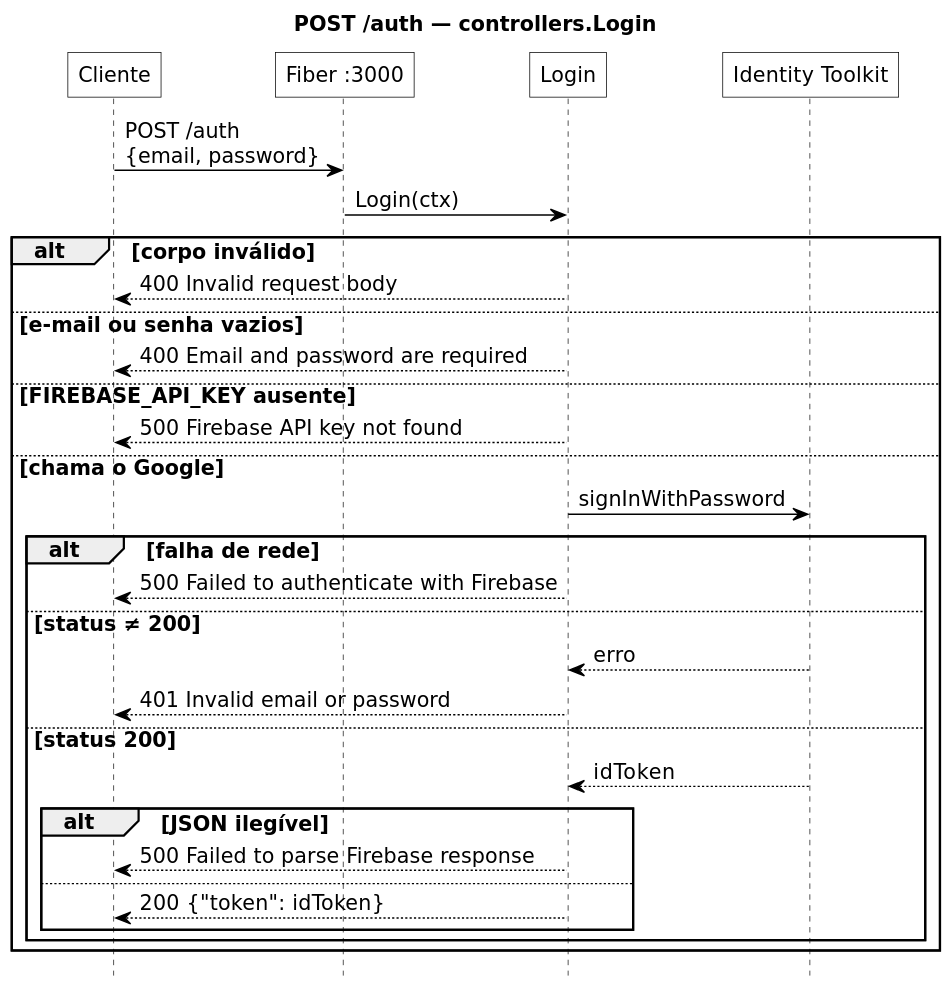
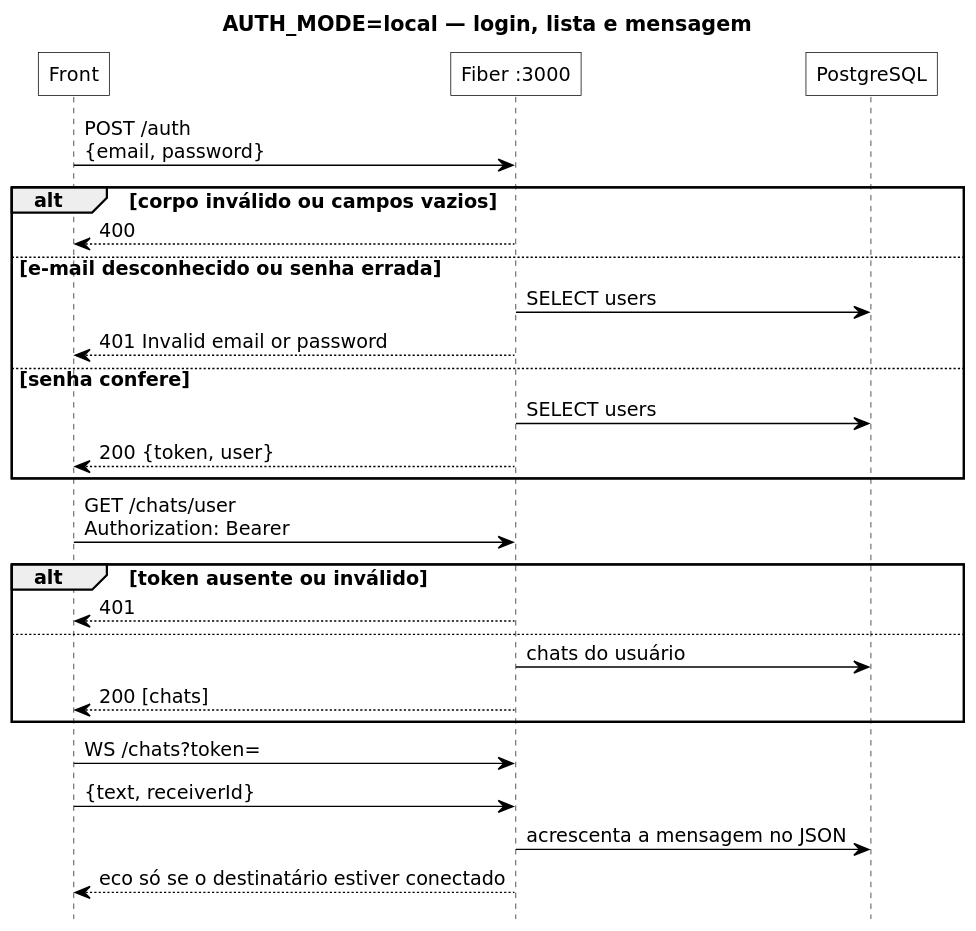
One commit to iianmelo/go-messenger changed the diagram in docs/sequencia-login-usuario.puml. Above: the diagram before and after it, drawn with PlantUML. The commit also changed other lines of this file and 33 other files, not shown here.

First line of the commit message:
Serve the front-end with local JWT, chats and WebSocket

```diff
--- a/docs/sequencia-login-usuario.puml
+++ b/docs/sequencia-login-usuario.puml
@@ -2,52 +1,49 @@
 @startuml sequencia-login
 skinparam monochrome true
 skinparam shadowing false
 skinparam roundcorner 0
 skinparam backgroundColor #FFFFFF
 skinparam defaultFontName DejaVu Sans
-skinparam defaultFontSize 14
+skinparam defaultFontSize 13
 skinparam dpi 130
 skinparam sequenceMessageAlign left
 skinparam responseMessageBelowArrow true
 skinparam sequenceArrowThickness 1
 skinparam ParticipantPadding 8
 skinparam sequenceBoxBackgroundColor #FFFFFF
 skinparam sequenceBoxBorderColor #000000
 skinparam participantBackgroundColor #FFFFFF
 skinparam participantBorderColor #000000
 skinparam arrowColor #000000
 hide footbox
 
-title POST /auth — controllers.Login
+title AUTH_MODE=local — login, lista e mensagem
 
-participant "Cliente" as C
+participant "Front" as C
 participant "Fiber :3000" as F
-participant "Login" as L
-participant "Identity Toolkit" as I
+participant "PostgreSQL" as P
 
 C -> F : POST /auth\n{email, password}
-F -> L : Login(ctx)
+alt corpo inválido ou campos vazios
+  F --> C : 400
+else e-mail desconhecido ou senha errada
+  F -> P : SELECT users
+  F --> C : 401 Invalid email or password
+else senha confere
+  F -> P : SELECT users
+  F --> C : 200 {token, user}
+end
 
-alt corpo inválido
-  L --> C : 400 Invalid request body
-else e-mail ou senha vazios
-  L --> C : 400 Email and password are required
-else FIREBASE_API_KEY ausente
-  L --> C : 500 Firebase API key not found
-else chama o Google
-  L -> I : signInWithPassword
-  alt falha de rede
-    L --> C : 500 Failed to authenticate with Firebase
-  else status ≠ 200
-    I --> L : erro
-    L --> C : 401 Invalid email or password
-  else status 200
-    I --> L : idToken
-    alt JSON ilegível
-      L --> C : 500 Failed to parse Firebase response
-    else
-      L --> C : 200 {"token": idToken}
-    end
-  end
+C -> F : GET /chats/user\nAuthorization: Bearer
+alt token ausente ou inválido
+  F --> C : 401
+else
+  F -> P : chats do usuário
+  F --> C : 200 [chats]
 end
+
+C -> F : WS /chats?token=
+C -> F : {text, receiverId}
+F -> P : acrescenta a mensagem no JSON
+F --> C : eco só se o destinatário estiver conectado
 @enduml
```
